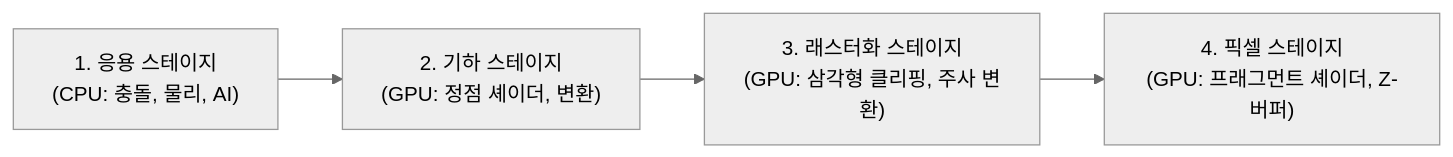
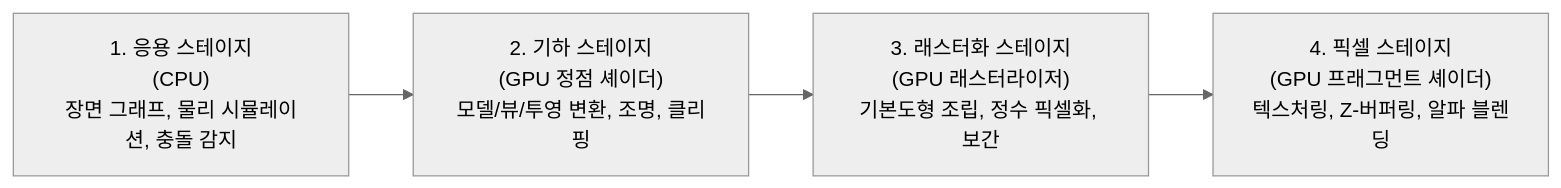
Before and after one commit to umyunsang/edu: the first of 2 diagrams in ComputerScience/06_algorithms-graphics/computer-graphics/notes/01. 그래픽스 파이프라인과 래스터화.md, drawn with Mermaid (neutral theme). The commit also changed other lines of this file and 72 other files, not shown here.

````diff
--- a/ComputerScience/06_algorithms-graphics/computer-graphics/notes/01. 그래픽스 파이프라인과 래스터화.md
+++ b/ComputerScience/06_algorithms-graphics/computer-graphics/notes/01. 그래픽스 파이프라인과 래스터화.md
@@ -33,6 +32,6 @@
 ```mermaid
 flowchart LR
-    APP["1. 응용 스테이지<br/>(CPU: 충돌, 물리, AI)"] --> GEOM["2. 기하 스테이지<br/>(GPU: 정점 셰이더, 변환)"]
-    GEOM --> RAST["3. 래스터화 스테이지<br/>(GPU: 삼각형 클리핑, 주사 변환)"]
-    RAST --> PIX["4. 픽셀 스테이지<br/>(GPU: 프래그먼트 셰이더, Z-버퍼)"]
+    APP["1. 응용 스테이지<br/>(CPU)<br/>장면 그래프, 물리 시뮬레이션, 충돌 감지"] --> GEO["2. 기하 스테이지<br/>(GPU 정점 셰이더)<br/>모델/뷰/투영 변환, 조명, 클리핑"]
+    GEO --> RAST["3. 래스터화 스테이지<br/>(GPU 래스터라이저)<br/>기본도형 조립, 정수 픽셀화, 보간"]
+    RAST --> PIX["4. 픽셀 스테이지<br/>(GPU 프래그먼트 셰이더)<br/>텍스처링, Z-버퍼링, 알파 블렌딩"]
 ```
````
